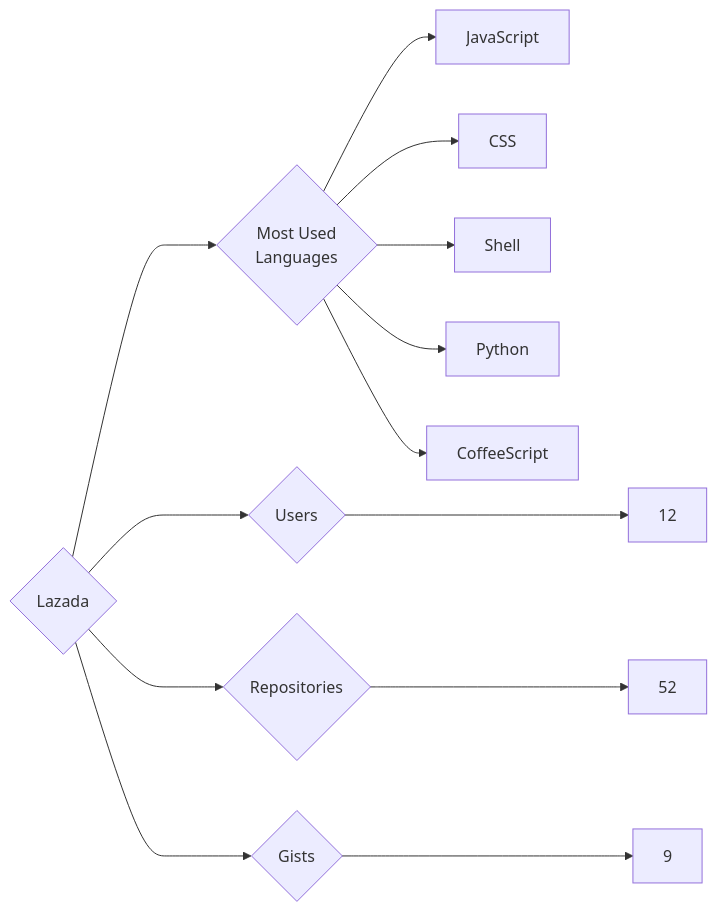
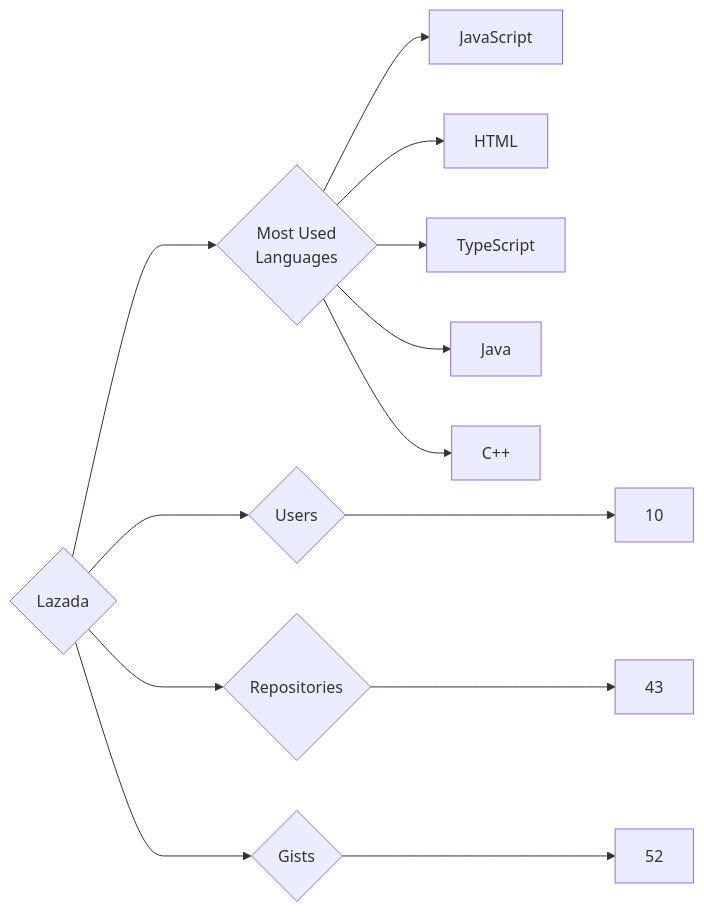
The diagram in targets/Lazada/README.md (trickest/insiders), drawn with Mermaid before and after one commit. The commit also changed 944 other files, not shown here.

````diff
--- a/targets/Lazada/README.md
+++ b/targets/Lazada/README.md
@@ -3,13 +3,13 @@
 ```mermaid
 graph LR
 COMPANY_NAME{Lazada}
-COMPANY_NAME ---> U{Users} ---> UN[12]
-COMPANY_NAME ---> R{Repositories} ---> RN[52]
-COMPANY_NAME ---> G{Gists} ---> GN[9]
+COMPANY_NAME ---> U{Users} ---> UN[10]
+COMPANY_NAME ---> R{Repositories} ---> RN[43]
+COMPANY_NAME ---> G{Gists} ---> GN[52]
 COMPANY_NAME ---> ML{Most Used<br>Languages}
 ML --> JavaScript[JavaScript]
-ML --> CSS[CSS]
-ML --> Shell[Shell]
-ML --> Python[Python]
-ML --> CoffeeScript[CoffeeScript]
+ML --> HTML[HTML]
+ML --> TypeScript[TypeScript]
+ML --> Java[Java]
+ML --> C++[C++]
 ```
````
